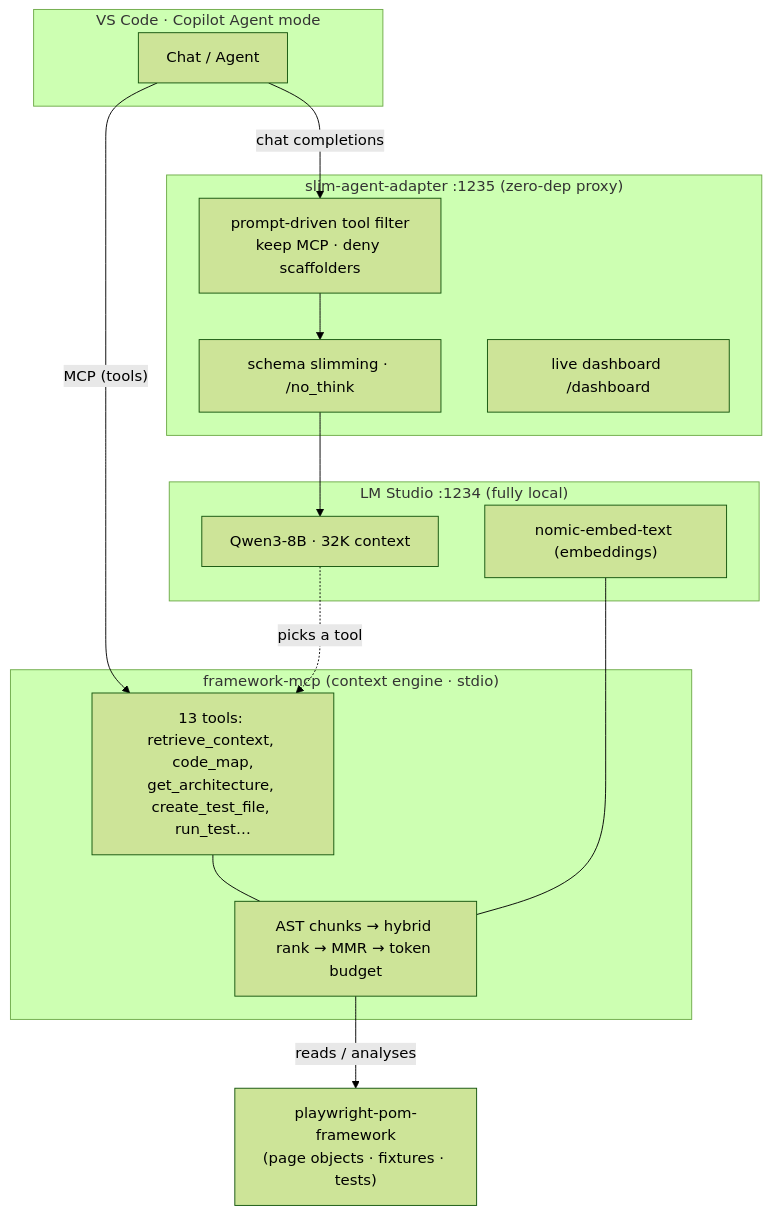
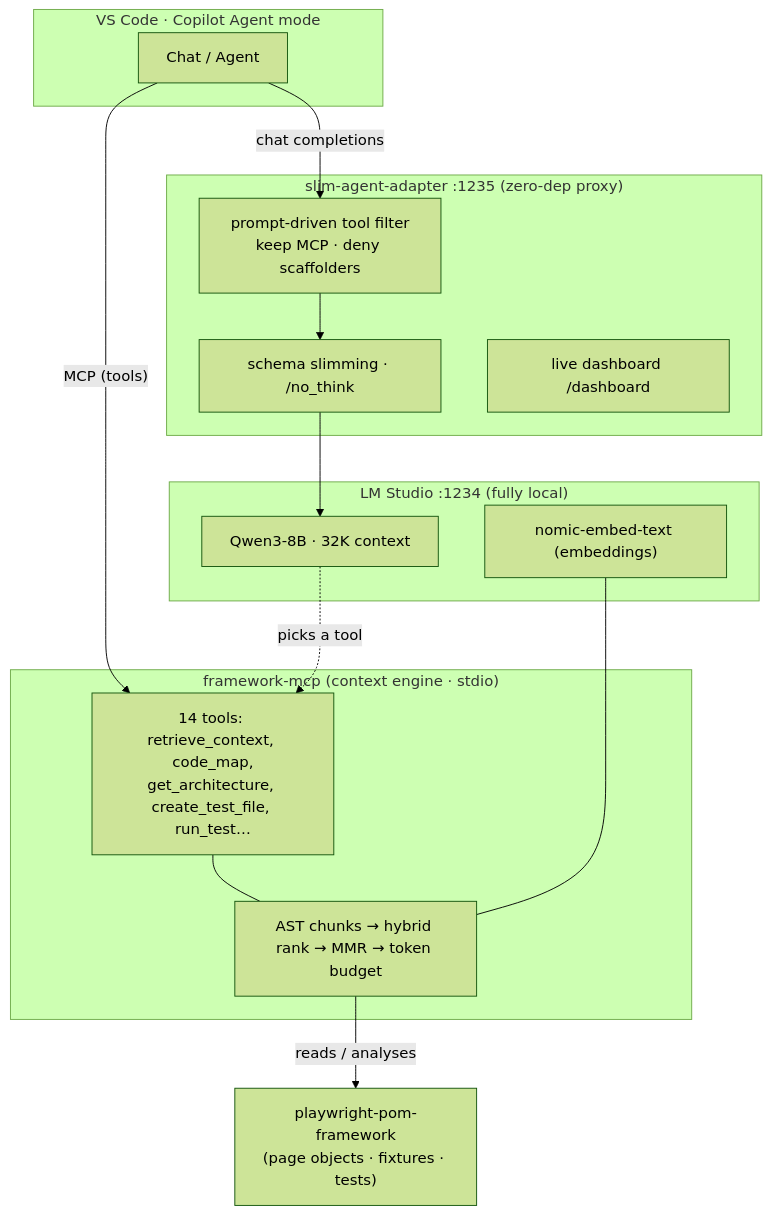
Before and after one commit to pruthive580/PlayWright-RAG-CustomMCP: the diagram in README.md, drawn with Mermaid (forest theme). The commit also changed other lines of this file and 5 other files, not shown here.

First line of the commit message:
Add diagnose_test: closed-loop test repair (run -> structured failure -> fix context)

````diff
--- a/README.md
+++ b/README.md
@@ -24,31 +24,31 @@
 ```mermaid
 flowchart TB
   subgraph vscode["VS Code · Copilot Agent mode"]
     chat["Chat / Agent"]
   end
 
   subgraph adapter["slim-agent-adapter  :1235  (zero-dep proxy)"]
     filt["prompt-driven tool filter<br/>keep MCP · deny scaffolders"]
     slim["schema slimming · /no_think"]
     dash["live dashboard /dashboard"]
   end
 
   subgraph lms["LM Studio  :1234  (fully local)"]
     llm["Qwen3-8B · 32K context"]
     emb["nomic-embed-text (embeddings)"]
   end
 
   subgraph mcp["framework-mcp  (context engine · stdio)"]
-    tools["13 tools: retrieve_context, code_map,<br/>get_architecture, create_test_file, run_test…"]
+    tools["14 tools: retrieve_context, code_map,<br/>get_architecture, create_test_file, run_test…"]
     rag["AST chunks → hybrid rank → MMR → token budget"]
   end
 
   fw["playwright-pom-framework<br/>(page objects · fixtures · tests)"]
 
   chat -- "chat completions" --> filt --> slim --> llm
   emb --- rag
   chat -- "MCP (tools)" --> tools
   tools --- rag
   rag -- "reads / analyses" --> fw
   llm -. "picks a tool" .-> tools
 ```
````
